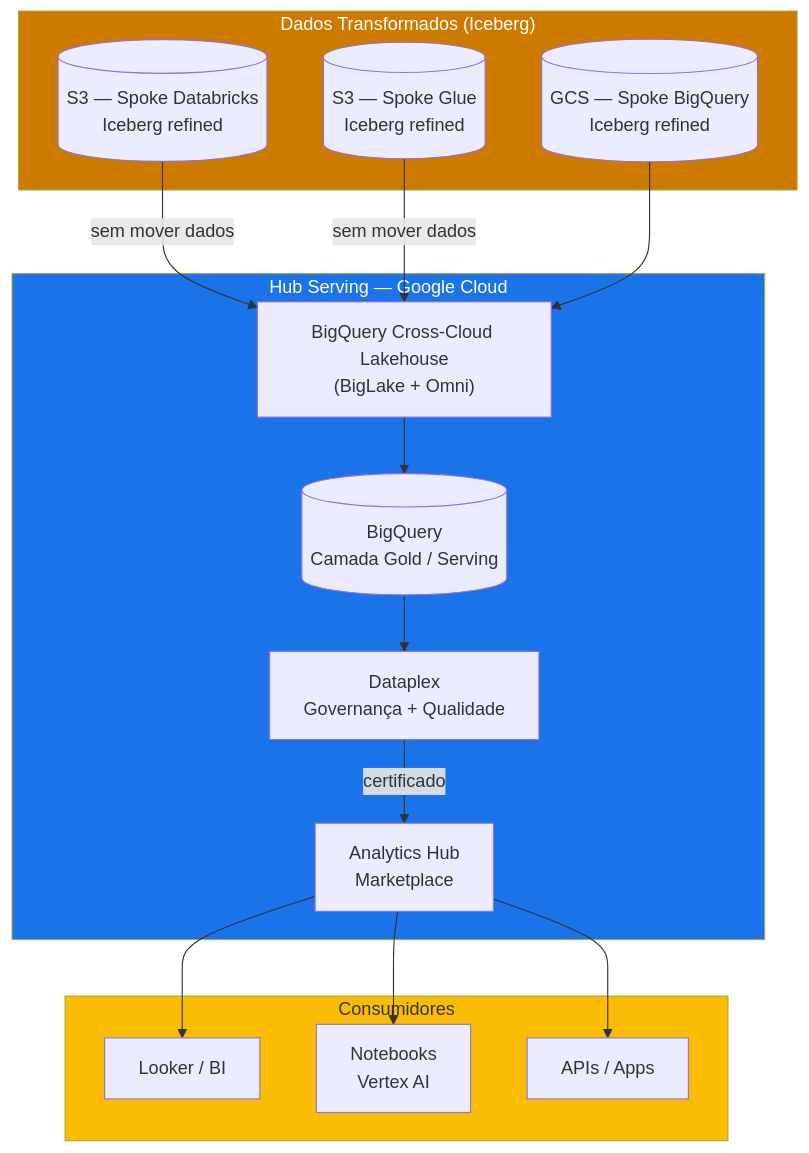
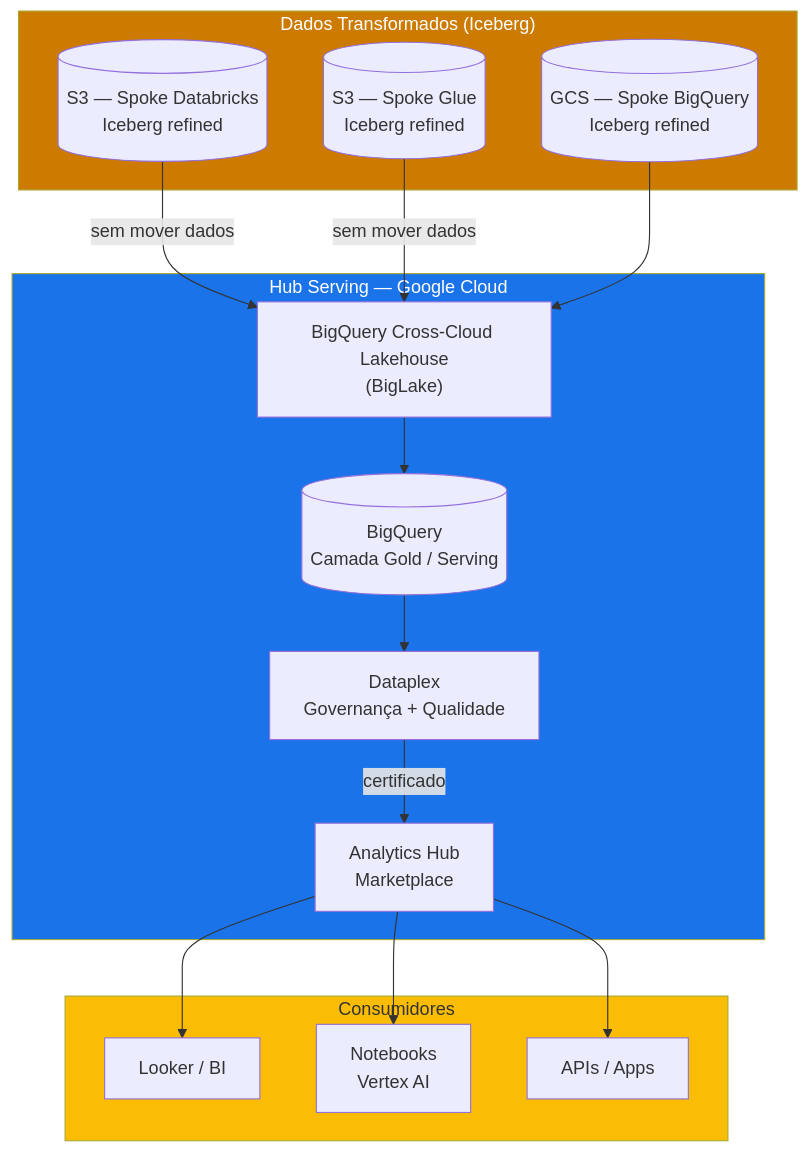
Before and after one commit to brunnoorpinelli/hubspoke: the fifth of 16 diagrams in docs/arquitetura-hubspoke-multicloud.md, drawn with Mermaid. The commit also changed other lines of this file, not shown here.

Commit message:
docs: remove menções ao BigQuery Omni da arquitetura multi-cloud

````diff
--- a/docs/arquitetura-hubspoke-multicloud.md
+++ b/docs/arquitetura-hubspoke-multicloud.md
@@ -252,37 +252,37 @@
 ```mermaid
 graph TB
     subgraph Dados["Dados Transformados (Iceberg)"]
         S3_1[(S3 — Spoke Databricks\nIceberg refined)]
         S3_2[(S3 — Spoke Glue\nIceberg refined)]
         GCS_1[(GCS — Spoke BigQuery\nIceberg refined)]
     end
 
     subgraph Serving["Hub Serving — Google Cloud"]
-        XCLOUD["BigQuery Cross-Cloud Lakehouse\n(BigLake + Omni)"]
+        XCLOUD["BigQuery Cross-Cloud Lakehouse\n(BigLake)"]
         BQ_GOLD[(BigQuery\nCamada Gold / Serving)]
         AH[Analytics Hub\nMarketplace]
         DPX[Dataplex\nGovernança + Qualidade]
     end
 
     subgraph Consumo["Consumidores"]
         LK[Looker / BI]
         NB[Notebooks\nVertex AI]
         API[APIs / Apps]
     end
 
     S3_1 -->|"sem mover dados"| XCLOUD
     S3_2 -->|"sem mover dados"| XCLOUD
     GCS_1 --> XCLOUD
 
     XCLOUD --> BQ_GOLD
     BQ_GOLD --> DPX
     DPX -->|certificado| AH
 
     AH --> LK
     AH --> NB
     AH --> API
 
     style Dados fill:#cc7a00,color:#fff
     style Serving fill:#1a73e8,color:#fff
     style Consumo fill:#fbbc04,color:#333
 ```
````
